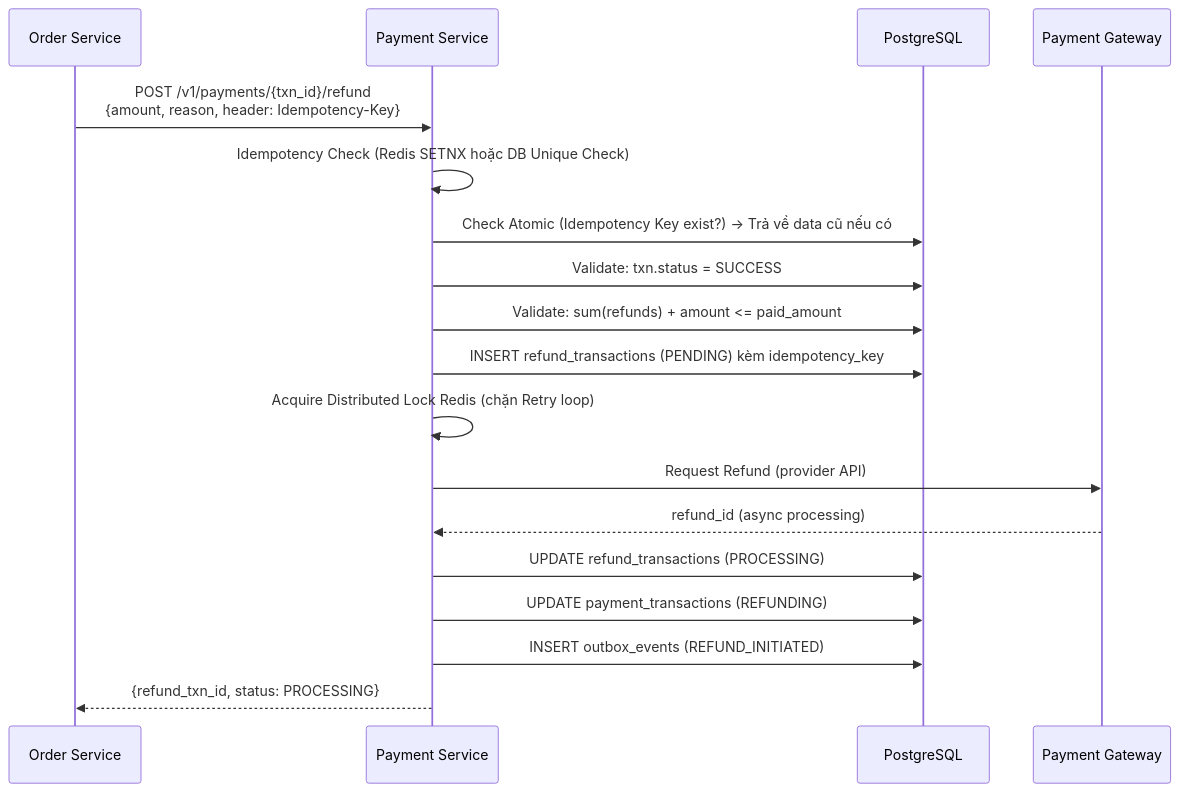
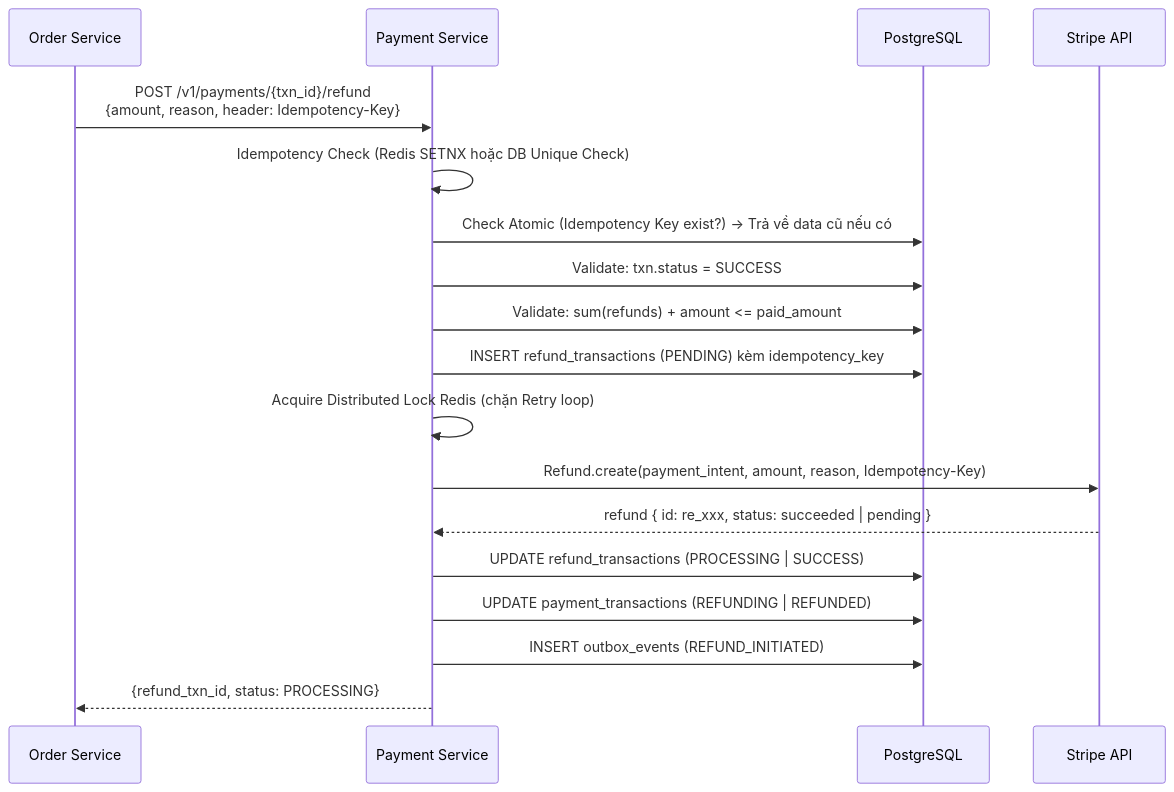
One commit to quangdung2110/e-commerce-microservices changed the second of 2 diagrams in docs/payment/payment_workflow.md. Above: the diagram before and after it, drawn with Mermaid. The commit also changed other lines of this file and 59 other files, not shown here.

````diff
--- a/docs/payment/payment_workflow.md
+++ b/docs/payment/payment_workflow.md
@@ -135,21 +148,21 @@
 ```mermaid
 sequenceDiagram
     participant OS as Order Service
     participant PS as Payment Service
     participant DB as PostgreSQL
-    participant GW as Payment Gateway
+    participant ST as Stripe API
 
     OS->>PS: POST /v1/payments/{txn_id}/refund<br>{amount, reason, header: Idempotency-Key}
     PS->>PS: Idempotency Check (Redis SETNX hoặc DB Unique Check)
     PS->>DB: Check Atomic (Idempotency Key exist?) -> Trả về data cũ nếu có
     PS->>DB: Validate: txn.status = SUCCESS
     PS->>DB: Validate: sum(refunds) + amount <= paid_amount
     PS->>DB: INSERT refund_transactions (PENDING) kèm idempotency_key
     PS->>PS: Acquire Distributed Lock Redis (chặn Retry loop)
-    PS->>GW: Request Refund (provider API)
-    GW-->>PS: refund_id (async processing)
-    PS->>DB: UPDATE refund_transactions (PROCESSING)
-    PS->>DB: UPDATE payment_transactions (REFUNDING)
+    PS->>ST: Refund.create(payment_intent, amount, reason, Idempotency-Key)
+    ST-->>PS: refund { id: re_xxx, status: succeeded | pending }
+    PS->>DB: UPDATE refund_transactions (PROCESSING | SUCCESS)
+    PS->>DB: UPDATE payment_transactions (REFUNDING | REFUNDED)
     PS->>DB: INSERT outbox_events (REFUND_INITIATED)
     PS-->>OS: {refund_txn_id, status: PROCESSING}
 ```
````
